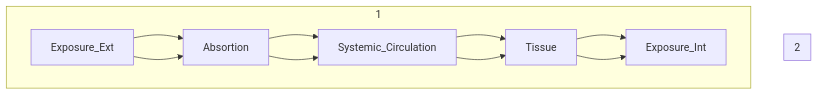
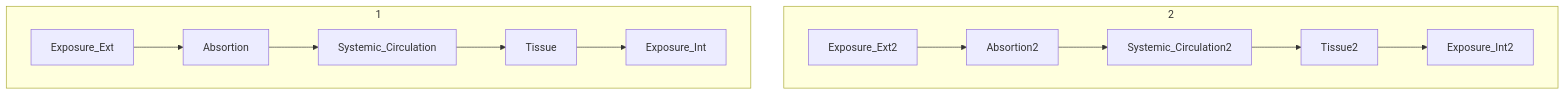
One commit to ontox-hu/workflows changed the diagram in ProbRA.md. Above: the diagram before and after it, drawn with Mermaid.

````diff
--- a/ProbRA.md
+++ b/ProbRA.md
@@ -2,22 +2,22 @@
 ```mermaid
 flowchart TD
 
   subgraph 1
 
   Exposure_Ext-->Absortion
   Absortion-->Systemic_Circulation
   Systemic_Circulation-->Tissue
   Tissue-->Exposure_Int
   
   end
 
   subgraph 2
 
-  Exposure_Ext-->Absortion
-  Absortion-->Systemic_Circulation
-  Systemic_Circulation-->Tissue
-  Tissue-->Exposure_Int
+  Exposure_Ext2-->Absortion2
+  Absortion2-->Systemic_Circulation2
+  Systemic_Circulation2-->Tissue2
+  Tissue2-->Exposure_Int2
   
   end
   
 ```
````
